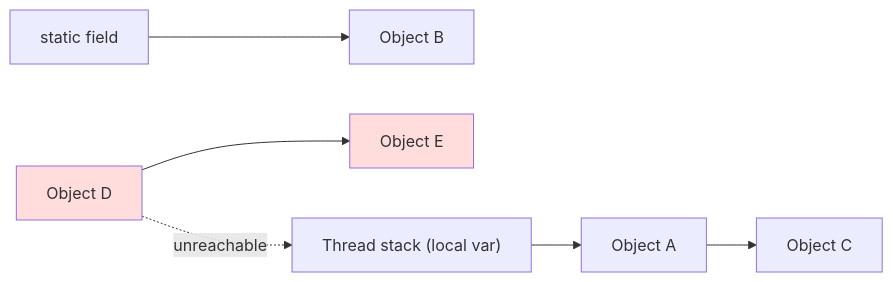
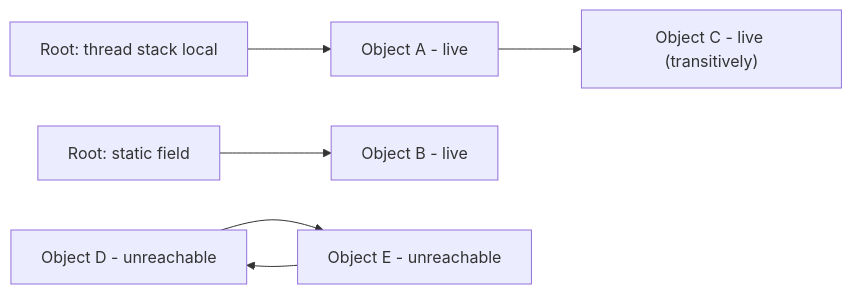
One commit to mohammad-mriesh-job/cortex changed the diagram in src/modules/java/content/10-jvm/04-garbage-collection.md. Above: the diagram before and after it, drawn with Mermaid. The commit also changed other lines of this file and 257 other files, not shown here.

````diff
--- a/src/modules/java/content/10-jvm/04-garbage-collection.md
+++ b/src/modules/java/content/10-jvm/04-garbage-collection.md
@@ -22,10 +22,8 @@
 ```mermaid
 flowchart LR
-    R1["Thread stack (local var)"] --> A["Object A"]
-    R2["static field"] --> B["Object B"]
-    A --> C["Object C"]
-    D["Object D"] --> E["Object E"]
-    D -.unreachable.-> R1
-    style D fill:#fdd
-    style E fill:#fdd
+    R1["Root: thread stack local"] --> A["Object A - live"]
+    R2["Root: static field"] --> B["Object B - live"]
+    A --> C["Object C - live (transitively)"]
+    D["Object D - unreachable"] --> E["Object E - unreachable"]
+    E --> D
 ```
````
